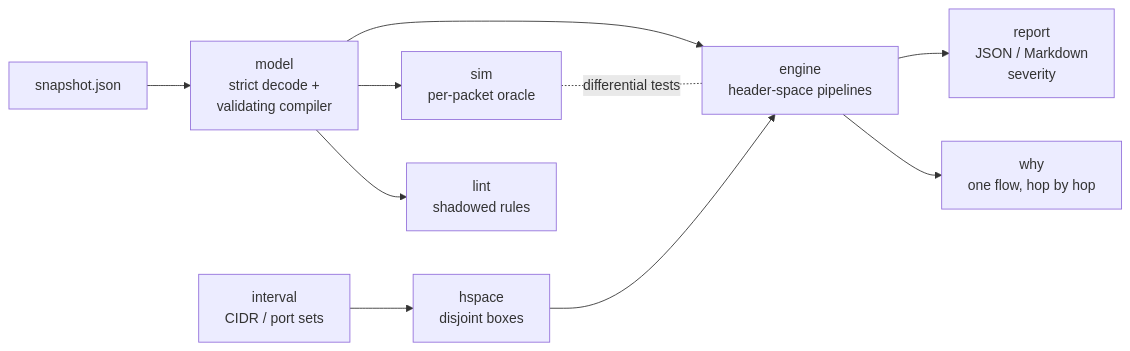
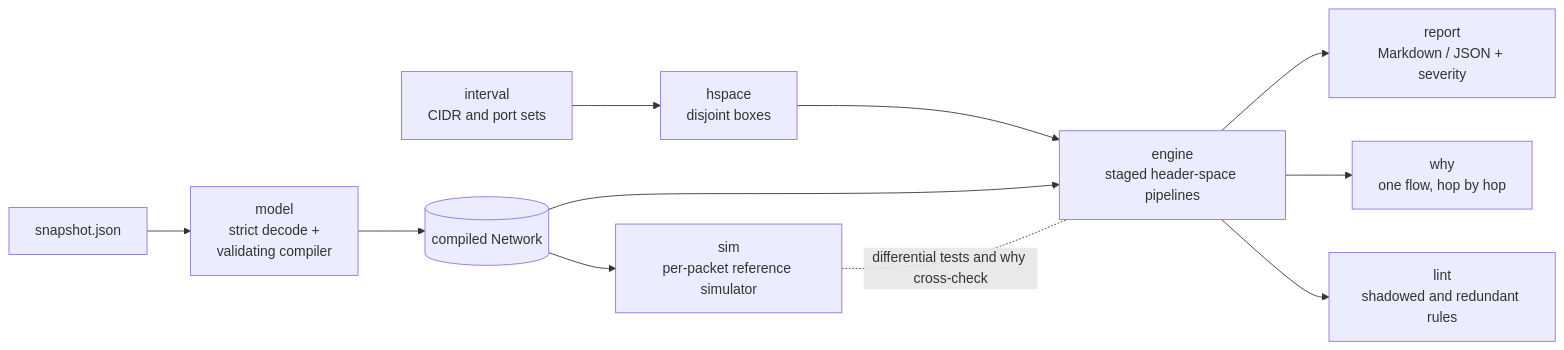
The diagram in README.md (SlateGitOrg/netreach), drawn with Mermaid before and after one commit. The commit also changed other lines of this file and 2 other files, not shown here.

Commit message:
docs: restructure README (why, features, quick start, usage, evidence, layout)

````diff
--- a/README.md
+++ b/README.md
@@ -59,12 +68,13 @@
 ```mermaid
 flowchart LR
-  S[snapshot.json] --> M[model<br/>strict decode +<br/>validating compiler]
-  M --> E[engine<br/>header-space pipelines]
-  I[interval<br/>CIDR / port sets] --> H[hspace<br/>disjoint boxes]
-  H --> E
-  E --> R[report<br/>JSON / Markdown<br/>severity]
-  E --> W[why<br/>one flow, hop by hop]
-  M --> SIM[sim<br/>per-packet oracle]
-  SIM -. differential tests .- E
-  M --> L[lint<br/>shadowed rules]
+  S["snapshot.json"] --> M["model<br/>strict decode +<br/>validating compiler"]
+  M --> N[("compiled Network")]
+  I["interval<br/>CIDR and port sets"] --> H["hspace<br/>disjoint boxes"]
+  H --> E["engine<br/>staged header-space pipelines"]
+  N --> E
+  E --> R["report<br/>Markdown / JSON + severity"]
+  E --> W["why<br/>one flow, hop by hop"]
+  E --> L["lint<br/>shadowed and redundant rules"]
+  N --> SIM["sim<br/>per-packet reference simulator"]
+  SIM -. differential tests and why cross-check .- E
 ```
````
